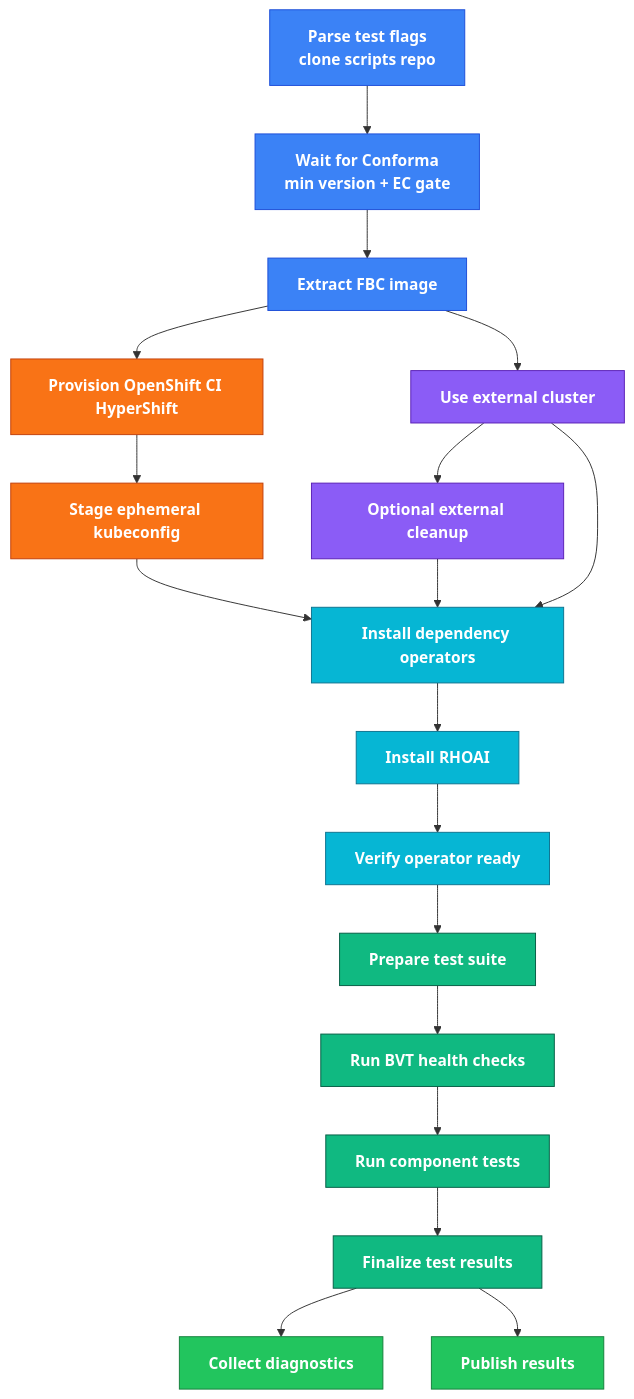
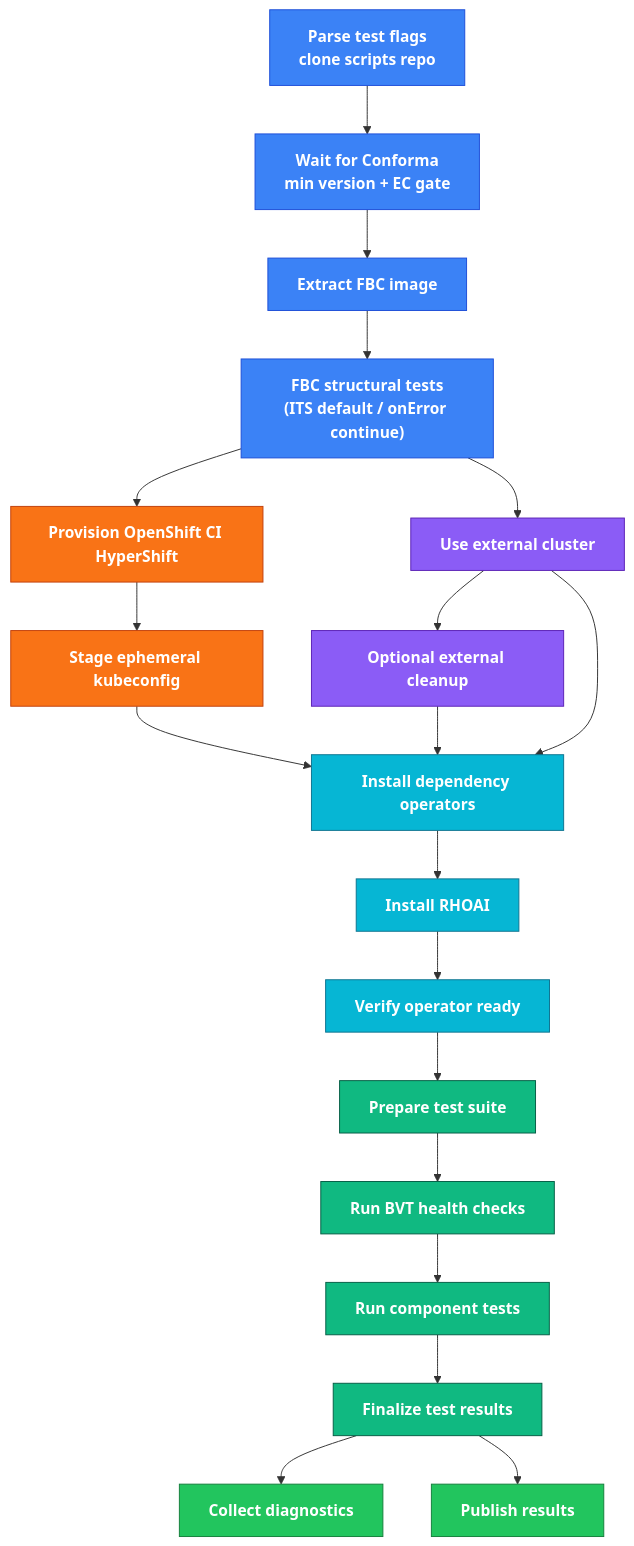
One commit to manosnoam/odh-konflux-central changed the diagram in integration-tests/rhoai-e2e/README.md. Above: the diagram before and after it, drawn with Mermaid. The commit also changed other lines of this file and 52 other files, not shown here.

First line of the commit message:
Enable FBC structural tests and structural-only rhoai-e2e runs (RHAI-7375).

````diff
--- a/integration-tests/rhoai-e2e/README.md
+++ b/integration-tests/rhoai-e2e/README.md
@@ -40,41 +40,44 @@
 ```mermaid
 flowchart TD
   classDef setup fill:#3B82F6,stroke:#1D4ED8,color:#fff,font-weight:bold
   classDef ephc fill:#F97316,stroke:#C2410C,color:#fff,font-weight:bold
   classDef external fill:#8B5CF6,stroke:#5B21B6,color:#fff,font-weight:bold
   classDef install fill:#06B6D4,stroke:#0E7490,color:#fff,font-weight:bold
   classDef tests fill:#10B981,stroke:#065F46,color:#fff,font-weight:bold
   classDef report fill:#22C55E,stroke:#15803D,color:#fff,font-weight:bold
 
   parse["Parse test flags<br/>clone scripts repo"]:::setup
   conforma["Wait for Conforma<br/>min version + EC gate"]:::setup
   extract["Extract FBC image"]:::setup
 
   ephcProv["Provision OpenShift CI HyperShift"]:::ephc
   ocp["Stage ephemeral kubeconfig"]:::ephc
 
   extReady["Use external cluster"]:::external
   cleanup["Optional external cleanup"]:::external
 
   deps["Install dependency operators"]:::install
   op["Install RHOAI"]:::install
   verify["Verify operator ready"]:::install
 
   prepare["Prepare test suite"]:::tests
   bvt["Run BVT health checks"]:::tests
   smoke["Run component tests"]:::tests
   finalize["Finalize test results"]:::tests
 
   diag["Collect diagnostics"]:::report
   publish["Publish results"]:::report
 
+  structural["FBC structural tests<br/>(ITS default / onError continue)"]:::setup
+
   parse --> conforma --> extract
-  extract --> ephcProv --> ocp
-  extract --> extReady --> cleanup
+  extract --> structural
+  structural --> ephcProv --> ocp
+  structural --> extReady --> cleanup
   ocp --> deps
   cleanup --> deps
   extReady --> deps
   deps --> op --> verify --> prepare --> bvt --> smoke --> finalize
   finalize --> diag
   finalize --> publish
 ```
````
